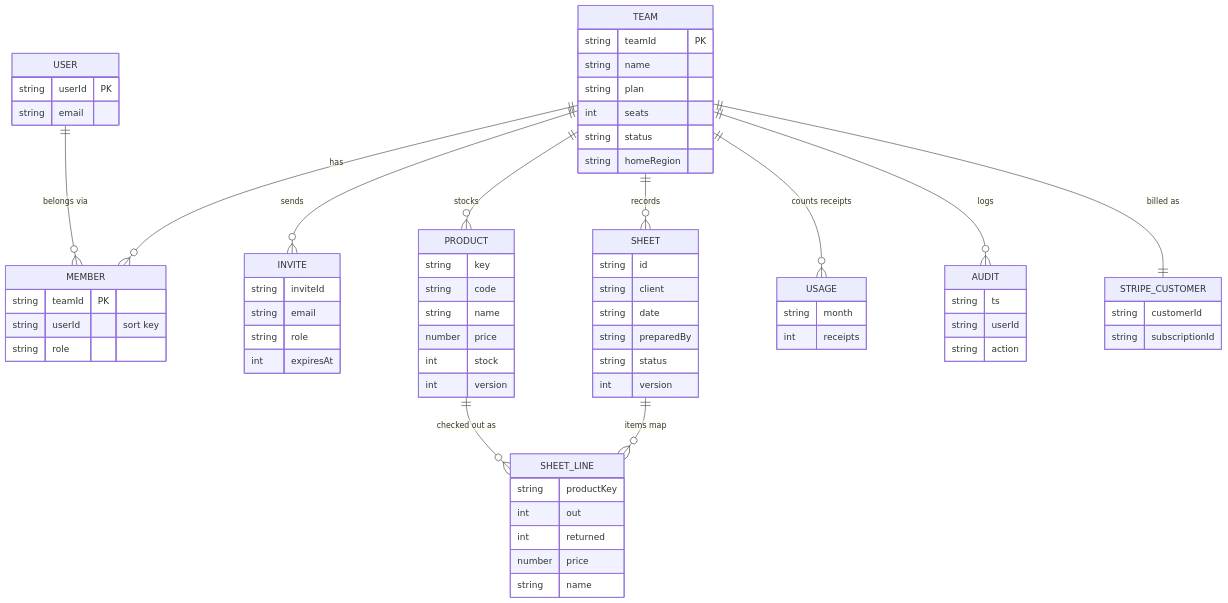
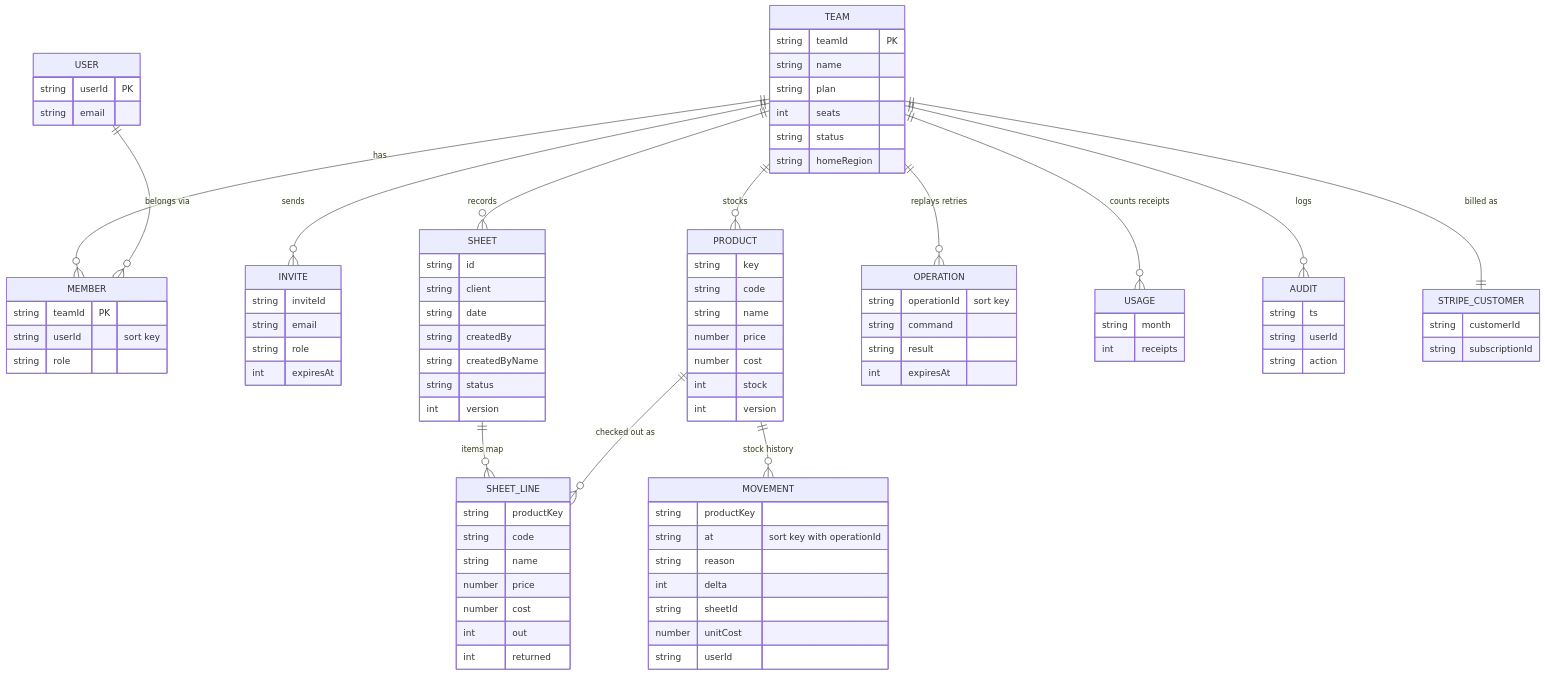
Diagram 11 of 12 in docs/architecture/README.md (davetashner/supply-checkout), drawn with Mermaid before and after one commit. The commit also changed other lines of this file and 16 other files, not shown here.

```diff
--- a/docs/architecture/README.md
+++ b/docs/architecture/README.md
@@ -405,6 +418,8 @@
   TEAM ||--o{ SHEET : records
   SHEET ||--o{ SHEET_LINE : "items map"
   PRODUCT ||--o{ SHEET_LINE : "checked out as"
+  PRODUCT ||--o{ MOVEMENT : "stock history"
+  TEAM ||--o{ OPERATION : "replays retries"
   TEAM ||--o{ USAGE : "counts receipts"
   TEAM ||--o{ AUDIT : logs
   TEAM ||--|| STRIPE_CUSTOMER : "billed as"
@@ -437,6 +452,7 @@
     string code
     string name
     number price
+    number cost
     int stock
     int version
   }
@@ -444,16 +460,34 @@
     string id
     string client
     string date
-    string preparedBy
+    string createdBy
+    string createdByName
     string status
     int version
   }
   SHEET_LINE {
     string productKey
+    string code
+    string name
+    number price
+    number cost
     int out
     int returned
-    number price
-    string name
+  }
+  MOVEMENT {
+    string productKey
+    string at "sort key with operationId"
+    string reason
+    int delta
+    string sheetId
+    number unitCost
+    string userId
+  }
+  OPERATION {
+    string operationId "sort key"
+    string command
+    string result
+    int expiresAt
   }
   USAGE {
     string month
```
